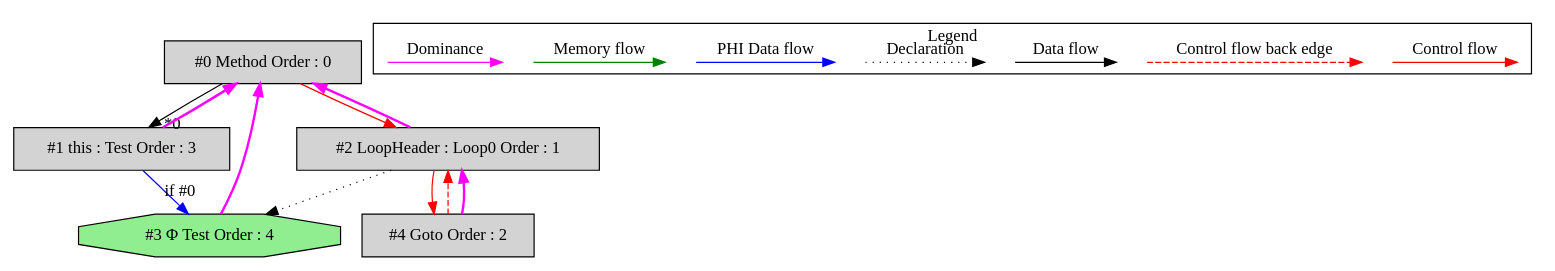
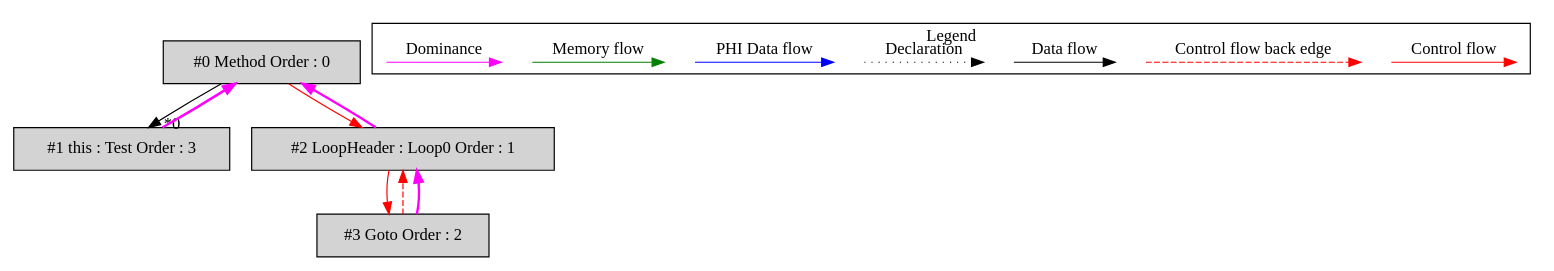
Before and after one commit to mirkosertic/MetaIR: the diagram in de.mirkosertic.metair.ir.OpcodeGOTOTest/test_GOTO/ir_dominatortree.dot, drawn with Graphviz. The commit also changed 1138 other files, not shown here.

```diff
--- a/de.mirkosertic.metair.ir.OpcodeGOTOTest/test_GOTO/ir_dominatortree.dot
+++ b/de.mirkosertic.metair.ir.OpcodeGOTOTest/test_GOTO/ir_dominatortree.dot
@@ -1,47 +1,43 @@
 digraph debugoutput {
  ordering="in";
  node0[label="#0 Method Order : 0",shape=box, fillcolor=lightgrey, style=filled];
  node1[label="#1 this : Test Order : 3",shape=box, fillcolor=lightgrey, style=filled];
  node1 -> node0[dir="forward" color="fuchsia" penwidth="2"];
  node0 -> node1[headlabel="*0", labeldistance=2];
  node2[label="#2 LoopHeader : Loop0 Order : 1",shape=box, fillcolor=lightgrey, style=filled];
  node2 -> node0[dir="forward" color="fuchsia" penwidth="2"];
  node0 -> node2[labeldistance=2, color=red, fontcolor=red];
- node4 -> node2[labeldistance=2, color=red, fontcolor=red, style=dashed];
- node3[label="#3 Φ Test Order : 4",shape=octagon, fillcolor=lightgreen, style=filled];
- node3 -> node0[dir="forward" color="fuchsia" penwidth="2"];
- node2 -> node3[style=dotted];
- node1 -> node3[headlabel="if #0", labeldistance=2, color=blue, constraint=false];
- node4[label="#4 Goto Order : 2",shape=box, fillcolor=lightgrey, style=filled];
- node4 -> node2[dir="forward" color="fuchsia" penwidth="2"];
- node2 -> node4[labeldistance=2, color=red, fontcolor=red];
+ node3 -> node2[labeldistance=2, color=red, fontcolor=red, style=dashed];
+ node3[label="#3 Goto Order : 2",shape=box, fillcolor=lightgrey, style=filled];
+ node3 -> node2[dir="forward" color="fuchsia" penwidth="2"];
+ node2 -> node3[labeldistance=2, color=red, fontcolor=red];
  subgraph cluster_000 {
   label = "Legend";
   node [shape=point]
   {
    rank=same;
    c0 [style = invis];
    c1 [style = invis];
    c2 [style = invis];
    c3 [style = invis];
    d0 [style = invis];
    d1 [style = invis];
    d2 [style = invis];
    d3 [style = invis];
    d4 [style = invis];
    d5 [style = invis];
    d6 [style = invis];
    d7 [style = invis];
    d8 [style = invis];
    d9 [style = invis];
   }
   c0 -> c1 [label="Control flow", style=solid, color=red]
   c2 -> c3 [label="Control flow back edge", style=dashed, color=red]
   d0 -> d1 [label="Data flow"]
   d2 -> d3 [label="Declaration", style=dotted]
   d4 -> d5 [label="PHI Data flow", color=blue]
   d6 -> d7 [label="Memory flow", color=green]
   d8 -> d9 [label="Dominance", color=fuchsia, style=solid]
  }
 
 }
```
